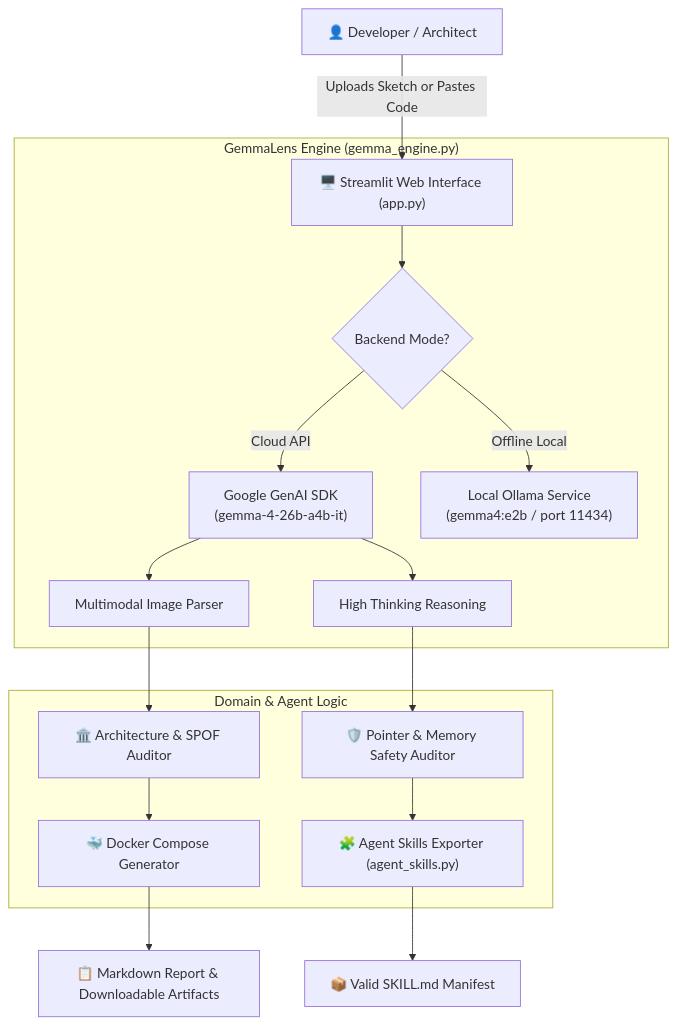
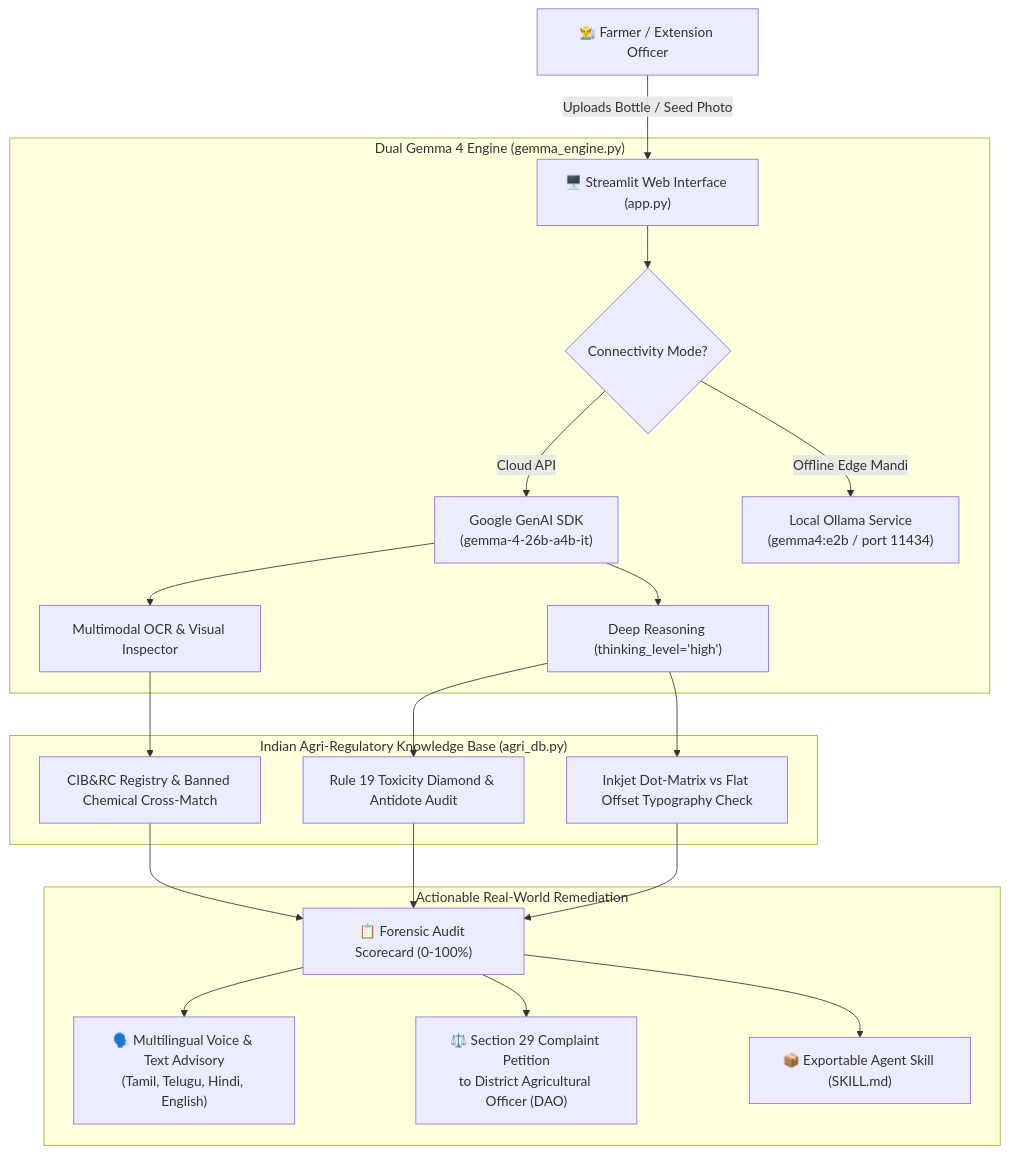
One commit to miriyaladhanwinn/GemmaLens changed the diagram in README.md. Above: the diagram before and after it, drawn with Mermaid. The commit also changed other lines of this file and 8 other files, not shown here.

Commit message:
feat(ui): build multi-tab MandiShield Streamlit dashboard with multilingual advisory

````diff
--- a/README.md
+++ b/README.md
@@ -44,23 +55,26 @@
 ```mermaid
 flowchart TD
-    User["👤 Developer / Architect"] -->|Uploads Sketch or Pastes Code| UI["🖥️ Streamlit Web Interface (app.py)"]
+    User["👨‍🌾 Farmer / Extension Officer"] -->|Uploads Bottle / Seed Photo| UI["🖥️ Streamlit Web Interface (app.py)"]
     
-    subgraph Engine ["GemmaLens Engine (gemma_engine.py)"]
-        UI --> Router{"Backend Mode?"}
-        Router -->|Cloud API| APIEngine["Google GenAI SDK\n(gemma-4-26b-a4b-it)"]
-        Router -->|Offline Local| OllamaEngine["Local Ollama Service\n(gemma4:e2b / port 11434)"]
+    subgraph Engine ["Dual Gemma 4 Engine (gemma_engine.py)"]
+        UI --> Router{"Connectivity Mode?"}
+        Router -->|Cloud API| CloudGemma["Google GenAI SDK\n(gemma-4-26b-a4b-it)"]
+        Router -->|Offline Edge Mandi| LocalGemma["Local Ollama Service\n(gemma4:e2b / port 11434)"]
         
-        APIEngine --> Vision["Multimodal Image Parser"]
-        APIEngine --> Thinking["High Thinking Reasoning"]
+        CloudGemma --> Vision["Multimodal OCR & Visual Inspector"]
+        CloudGemma --> Thinking["Deep Reasoning (thinking_level='high')"]
     end
     
-    subgraph Processing ["Domain & Agent Logic"]
-        Vision --> ArchAudit["🏛️ Architecture & SPOF Auditor"]
-        Thinking --> CodeAudit["🛡️ Pointer & Memory Safety Auditor"]
-        ArchAudit --> DockerGen["🐳 Docker Compose Generator"]
-        CodeAudit --> AgentExp["🧩 Agent Skills Exporter (agent_skills.py)"]
+    subgraph RegulatoryDB ["Indian Agri-Regulatory Knowledge Base (agri_db.py)"]
+        Vision --> RegCheck["CIB&RC Registry & Banned Chemical Cross-Match"]
+        Thinking --> ToxAudit["Rule 19 Toxicity Diamond & Antidote Audit"]
+        Thinking --> TypeAudit["Inkjet Dot-Matrix vs Flat Offset Typography Check"]
     end
     
-    DockerGen --> Output["📋 Markdown Report & Downloadable Artifacts"]
-    AgentExp --> SkillMD["📦 Valid SKILL.md Manifest"]
+    subgraph OutputReports ["Actionable Real-World Remediation"]
+        RegCheck & ToxAudit & TypeAudit --> Report["📋 Forensic Audit Scorecard (0-100%)"]
+        Report --> Multilingual["🗣️ Multilingual Voice & Text Advisory\n(Tamil, Telugu, Hindi, English)"]
+        Report --> Legal["⚖️ Section 29 Complaint Petition\nto District Agricultural Officer (DAO)"]
+        Report --> AgentSpec["📦 Exportable Agent Skill (SKILL.md)"]
+    end
 ```
````
